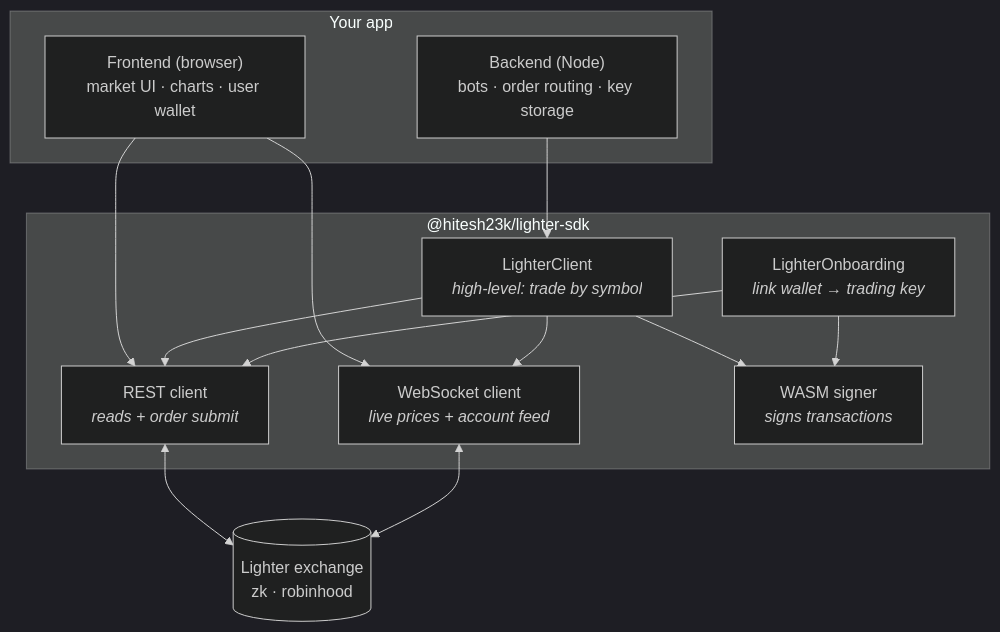
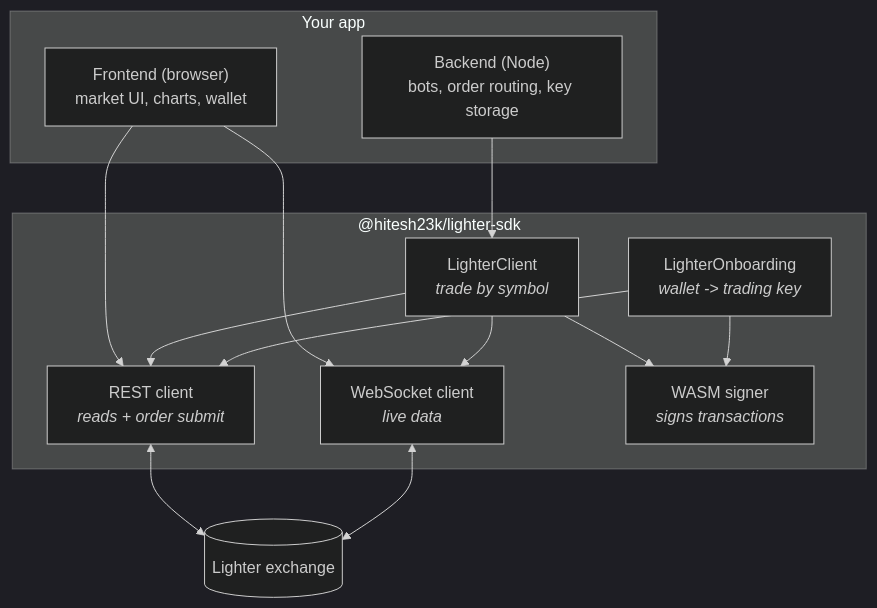
Before and after one commit to hitesh23k/lighter-sdk: the second of 2 diagrams in README.md, drawn with Mermaid (dark theme). The commit also changed other lines of this file and 1 other file, not shown here.

````diff
--- a/README.md
+++ b/README.md
@@ -22,28 +283,25 @@
 ```mermaid
 flowchart TB
   subgraph app["Your app"]
-    fe["Frontend (browser)<br/>market UI · charts · user wallet"]
-    be["Backend (Node)<br/>bots · order routing · key storage"]
+    fe["Frontend (browser)<br/>market UI, charts, wallet"]
+    be["Backend (Node)<br/>bots, order routing, key storage"]
   end
-
   subgraph sdk["@hitesh23k/lighter-sdk"]
-    client["LighterClient<br/><i>high-level: trade by symbol</i>"]
-    onboard["LighterOnboarding<br/><i>link wallet → trading key</i>"]
+    client["LighterClient<br/><i>trade by symbol</i>"]
+    onboard["LighterOnboarding<br/><i>wallet -> trading key</i>"]
     rest["REST client<br/><i>reads + order submit</i>"]
-    ws["WebSocket client<br/><i>live prices + account feed</i>"]
+    ws["WebSocket client<br/><i>live data</i>"]
     signer["WASM signer<br/><i>signs transactions</i>"]
   end
-
-  lighter[("Lighter exchange<br/>zk · robinhood")]
-
+  lighter[("Lighter exchange")]
   fe --> rest
   fe --> ws
   be --> client
   client --> rest
   client --> ws
   client --> signer
   onboard --> signer
   onboard --> rest
   rest <--> lighter
   ws <--> lighter
 ```
````
